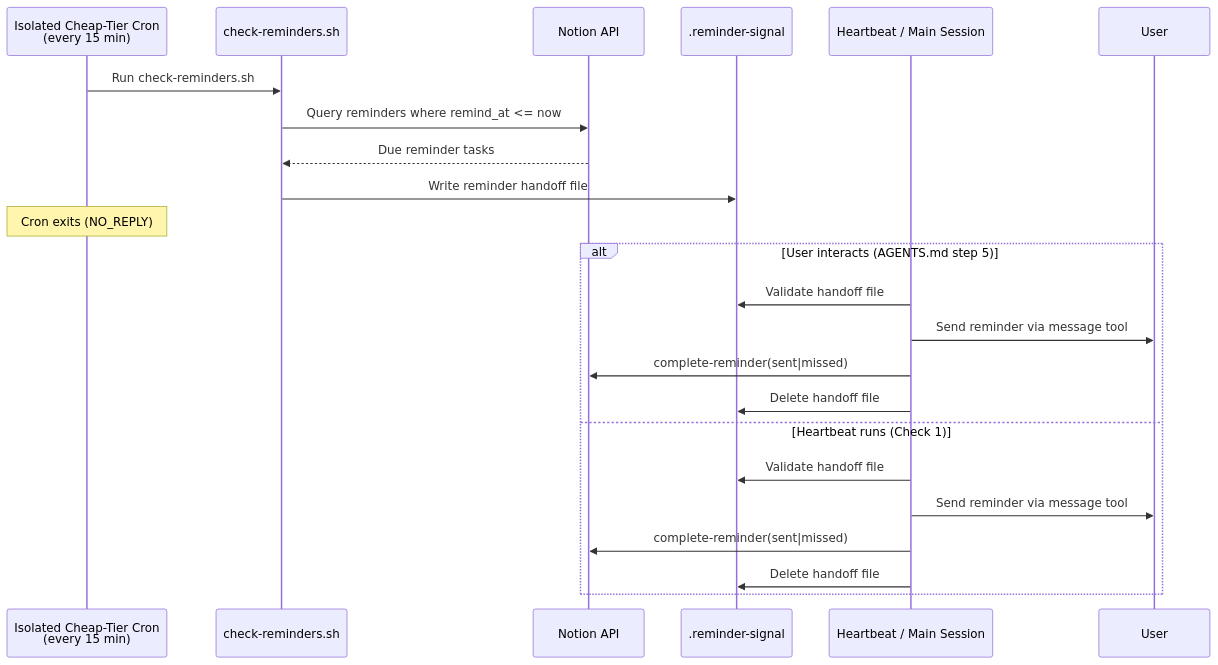
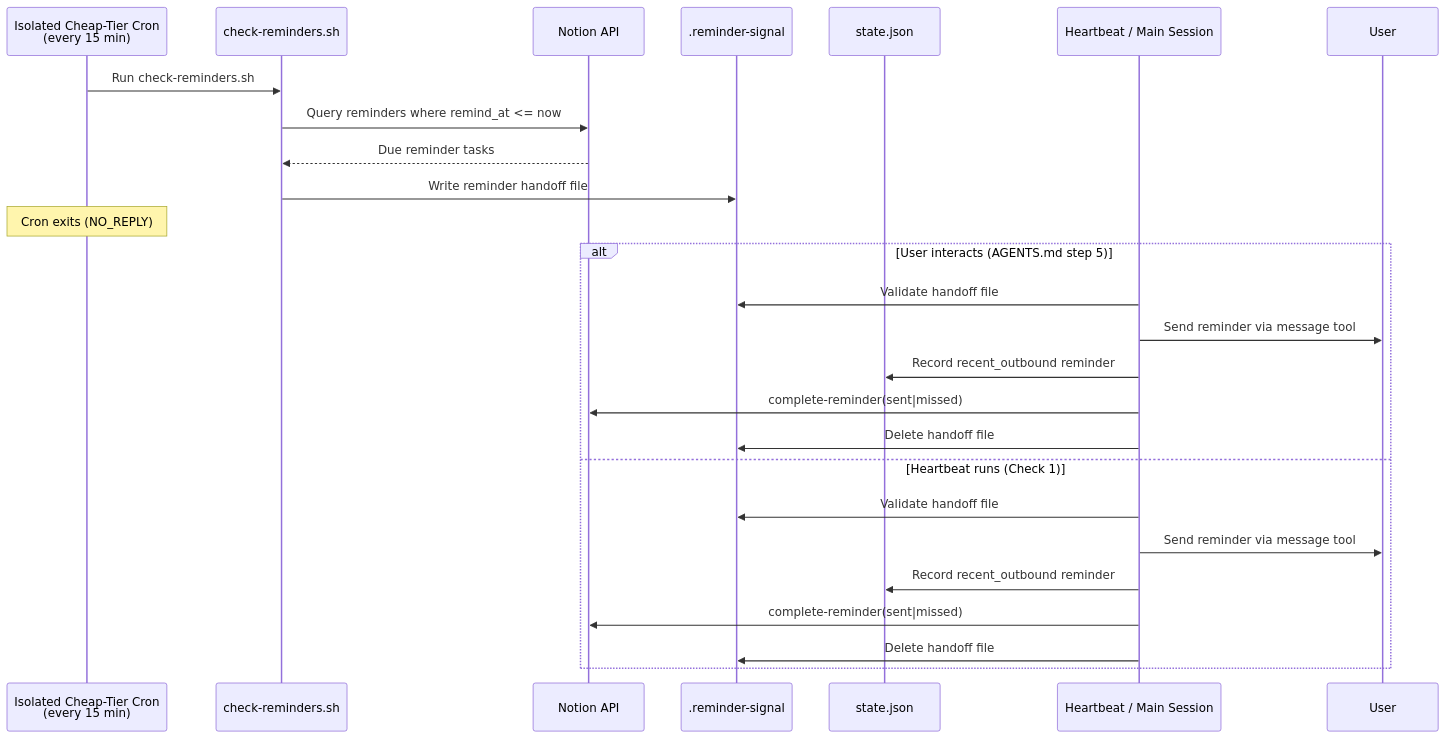
Before and after one commit to NickBorgersProbably/hide-my-list: the fifth of 6 diagrams in docs/architecture.md, drawn with Mermaid. The commit also changed other lines of this file and 7 other files, not shown here.

Commit message:
Persist recent outbound reminder context across sessions

````diff
--- a/docs/architecture.md
+++ b/docs/architecture.md
@@ -200,26 +200,29 @@
 ```mermaid
 sequenceDiagram
     participant Cron as Isolated Cheap-Tier Cron<br/>(every 15 min)
     participant Script as check-reminders.sh
     participant Notion as Notion API
     participant Signal as .reminder-signal
+    participant State as state.json
     participant Delivery as Heartbeat / Main Session
     participant User
 
     Cron->>Script: Run check-reminders.sh
     Script->>Notion: Query reminders where remind_at <= now
     Notion-->>Script: Due reminder tasks
     Script->>Signal: Write reminder handoff file
     Note over Cron: Cron exits (NO_REPLY)
     alt User interacts (AGENTS.md step 5)
         Delivery->>Signal: Validate handoff file
         Delivery->>User: Send reminder via message tool
+        Delivery->>State: Record recent_outbound reminder
         Delivery->>Notion: complete-reminder(sent|missed)
         Delivery->>Signal: Delete handoff file
     else Heartbeat runs (Check 1)
         Delivery->>Signal: Validate handoff file
         Delivery->>User: Send reminder via message tool
+        Delivery->>State: Record recent_outbound reminder
         Delivery->>Notion: complete-reminder(sent|missed)
         Delivery->>Signal: Delete handoff file
     end
 ```
````
